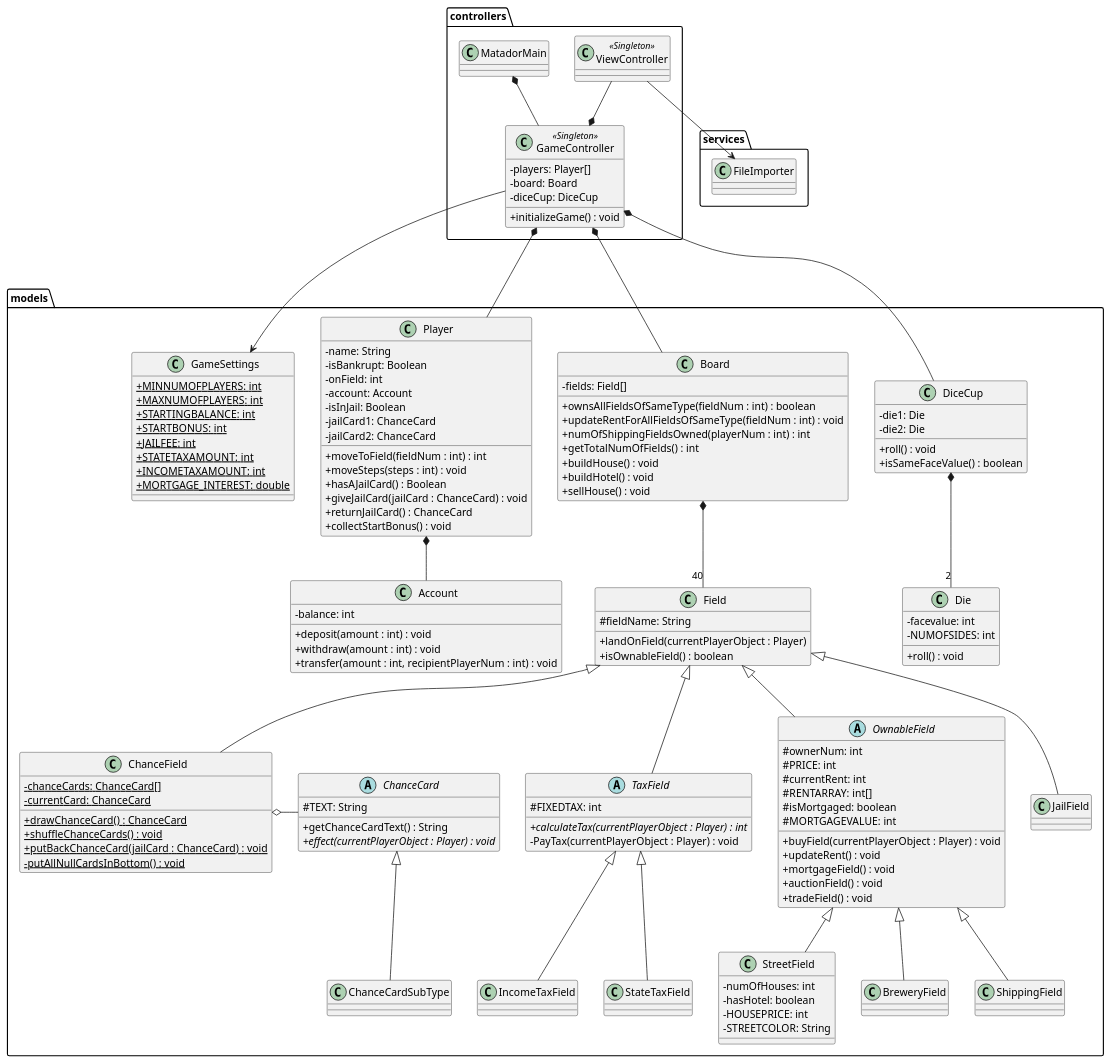
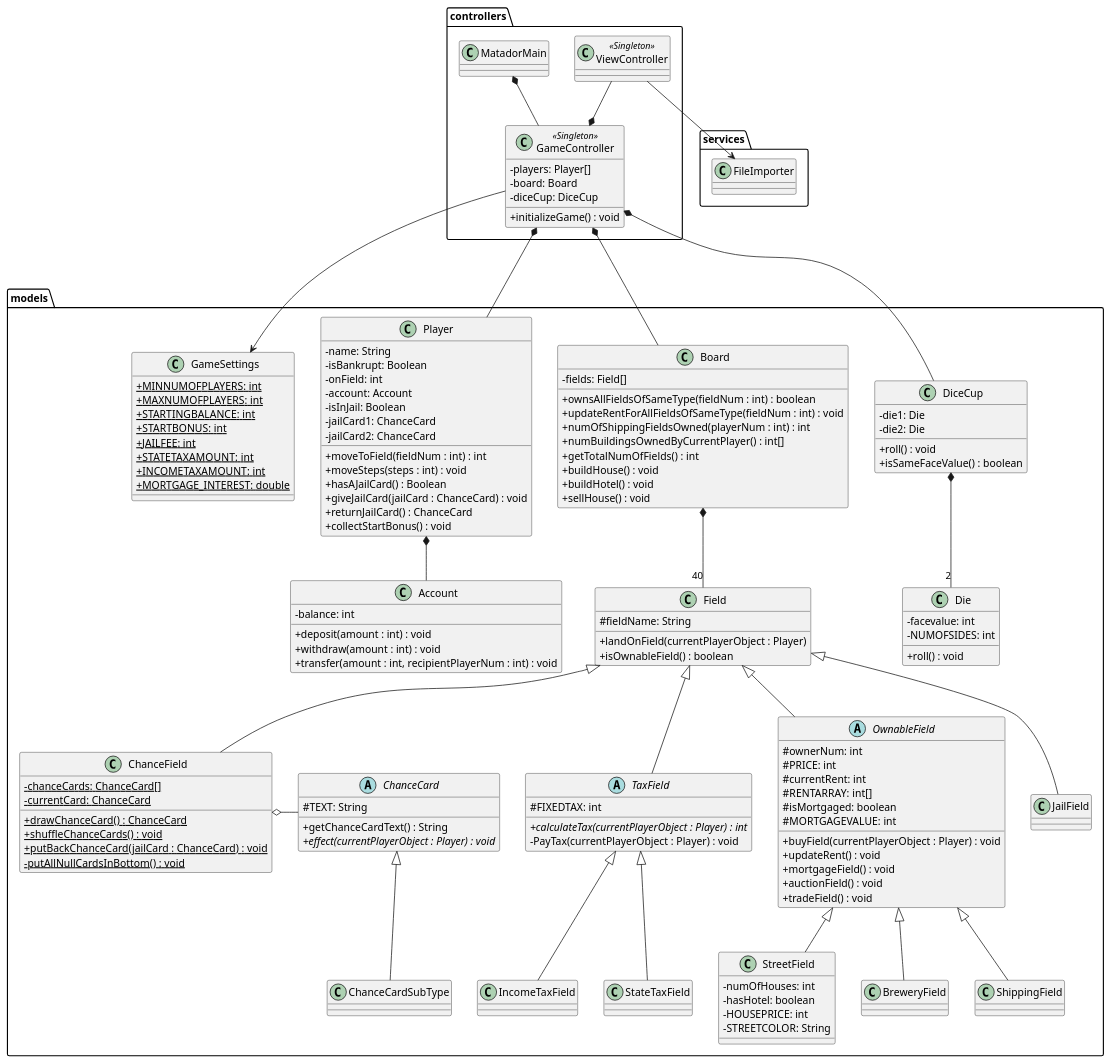
One commit to GabeKierk889/gruppe-18 changed the diagram in 18_final/UML/DesignClassDiagram.puml. Above: the diagram before and after it, drawn with PlantUML. The commit also changed 10 other files, not shown here.

```diff
--- a/18_final/UML/DesignClassDiagram.puml
+++ b/18_final/UML/DesignClassDiagram.puml
@@ -70,6 +70,7 @@
     +ownsAllFieldsOfSameType(fieldNum : int) : boolean
     +updateRentForAllFieldsOfSameType(fieldNum : int) : void
     +numOfShippingFieldsOwned(playerNum : int) : int
+    +numBuildingsOwnedByCurrentPlayer() : int[]
     +getTotalNumOfFields() : int
     +buildHouse() : void
     +buildHotel() : void
```
